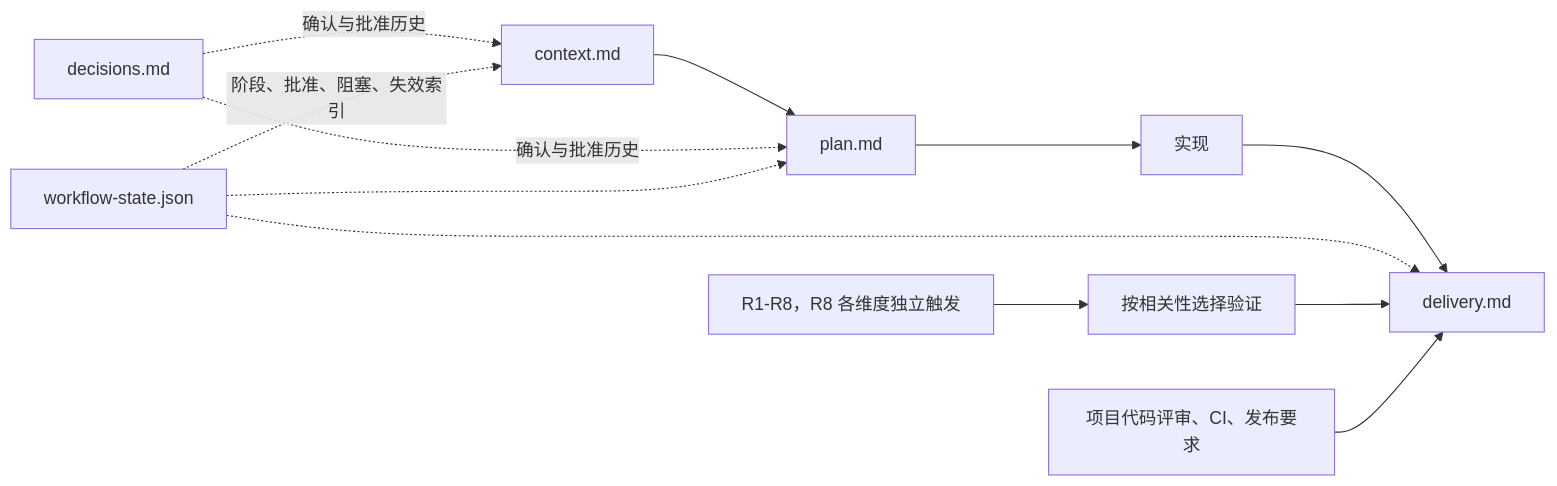
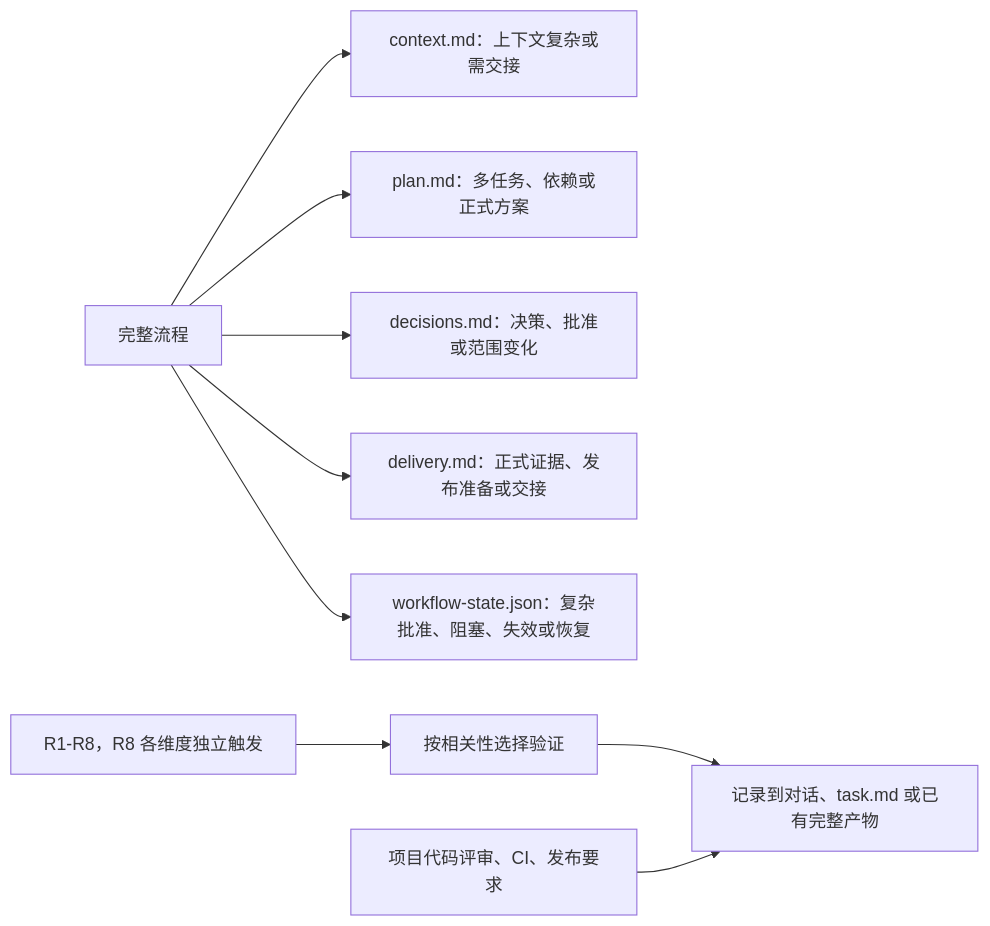
The fourth of 6 diagrams in skills/frontend-delivery/workflow-diagram.md (Aliang997/frontend-delivery-skill), drawn with Mermaid before and after one commit. The commit also changed other lines of this file and 18 other files, not shown here.

Commit message:
refactor: streamline frontend delivery workflow

````diff
--- a/skills/frontend-delivery/workflow-diagram.md
+++ b/skills/frontend-delivery/workflow-diagram.md
@@ -79,14 +80,11 @@
 ```mermaid
 flowchart LR
- C["context.md"] --> P["plan.md"]
- P --> I["实现"]
- I --> D["delivery.md"]
- DEC["decisions.md"] -. "确认与批准历史" .-> C
- DEC -. "确认与批准历史" .-> P
- WS["workflow-state.json"] -. "阶段、批准、阻塞、失效索引" .-> C
- WS -.-> P
- WS -.-> D
+ F["完整流程"] --> C["context.md：上下文复杂或需交接"]
+ F --> P["plan.md：多任务、依赖或正式方案"]
+ F --> DEC["decisions.md：决策、批准或范围变化"]
+ F --> D["delivery.md：正式证据、发布准备或交接"]
+ F --> WS["workflow-state.json：复杂批准、阻塞、失效或恢复"]
  R["R1-R8，R8 各维度独立触发"] --> V["按相关性选择验证"]
- V --> D
- E["项目代码评审、CI、发布要求"] --> D
+ V --> O["记录到对话、task.md 或已有完整产物"]
+ E["项目代码评审、CI、发布要求"] --> O
 ```
````
